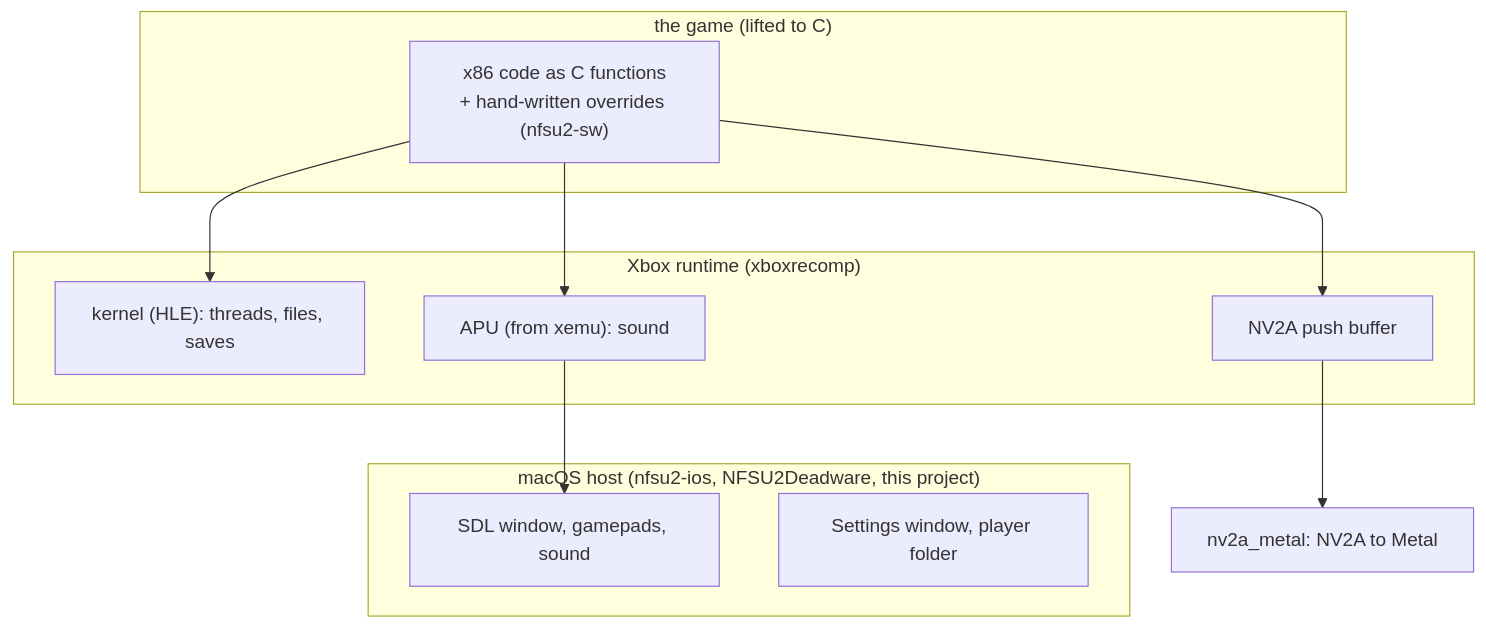
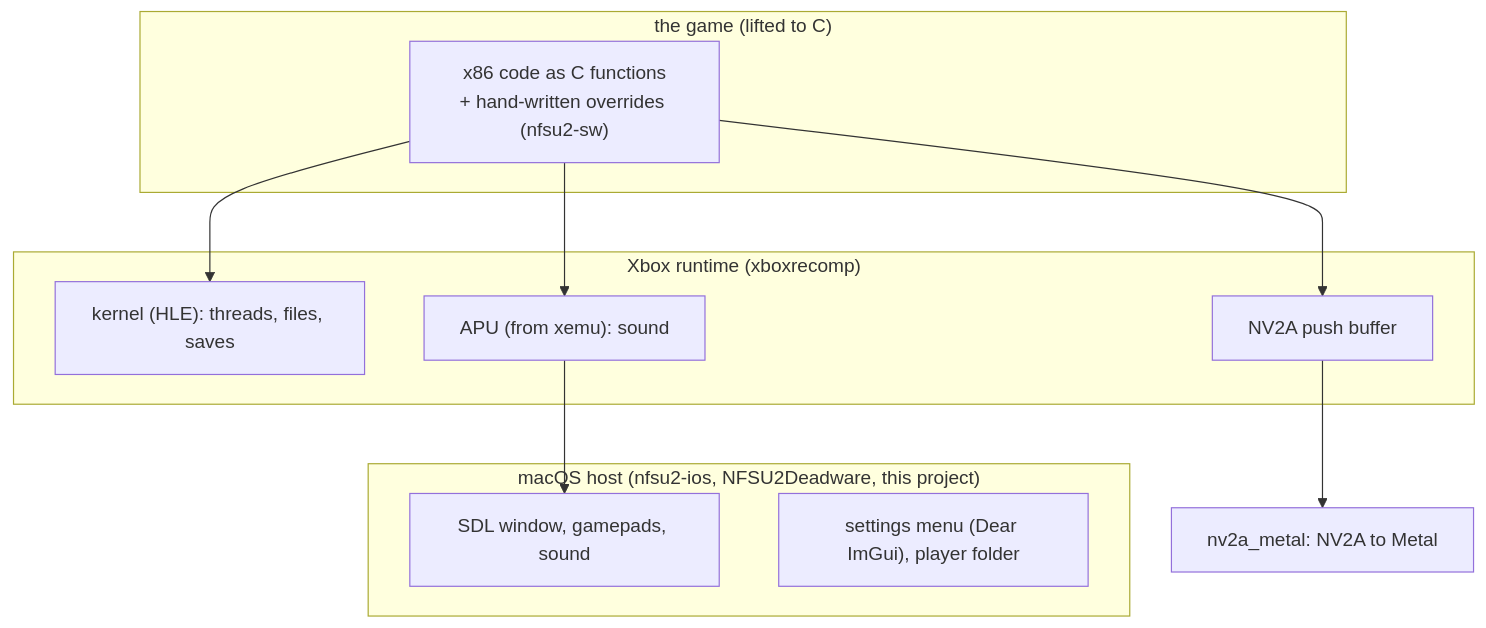
The second of 2 diagrams in README.md (sanyokkua/nfsu2-xbox-port), drawn with Mermaid before and after one commit. The commit also changed other lines of this file and 5 other files, not shown here.

Commit message:
Docs: settings menu, self-contained engine/, credits (Dear ImGui, Roboto, SpeedBreaker's design)

````diff
--- a/README.md
+++ b/README.md
@@ -85,18 +94,18 @@
 ```mermaid
 flowchart TB
     subgraph host["macOS host (nfsu2-ios, NFSU2Deadware, this project)"]
         SDL["SDL window, gamepads, sound"]
-        MENU["Settings window, player folder"]
+        MENU["settings menu (Dear ImGui), player folder"]
     end
     subgraph game["the game (lifted to C)"]
         X86["x86 code as C functions<br/>+ hand-written overrides (nfsu2-sw)"]
     end
     subgraph runtime["Xbox runtime (xboxrecomp)"]
         KRN["kernel (HLE): threads, files, saves"]
         APU["APU (from xemu): sound"]
         PB["NV2A push buffer"]
     end
     X86 --> KRN
     X86 --> APU --> SDL
     X86 --> PB --> MTL["nv2a_metal: NV2A to Metal"]
 ```
````
